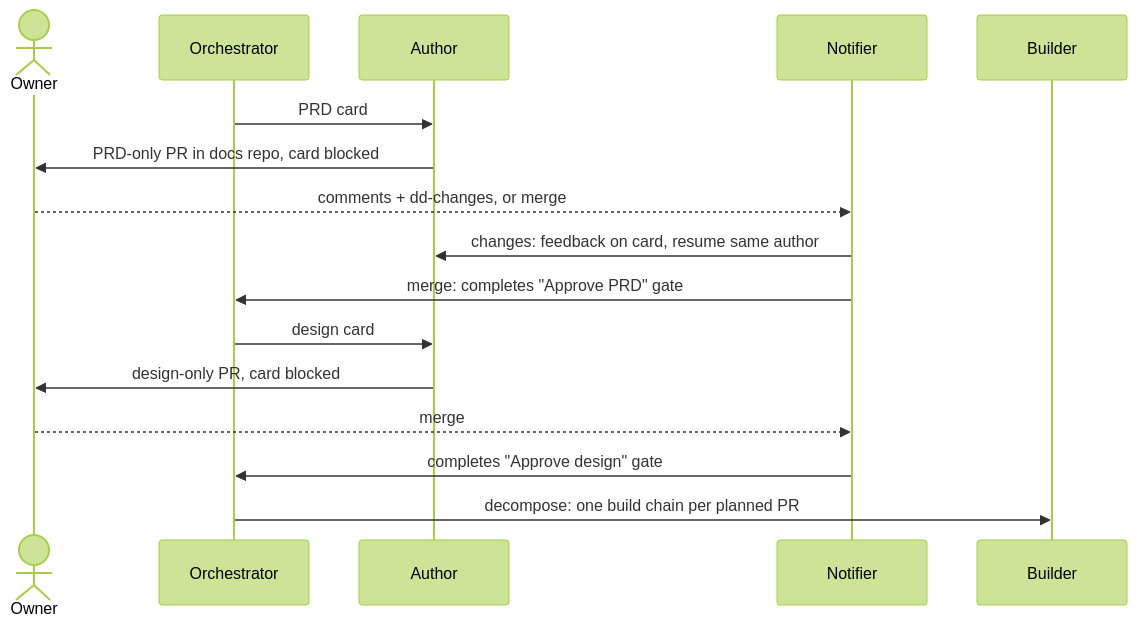
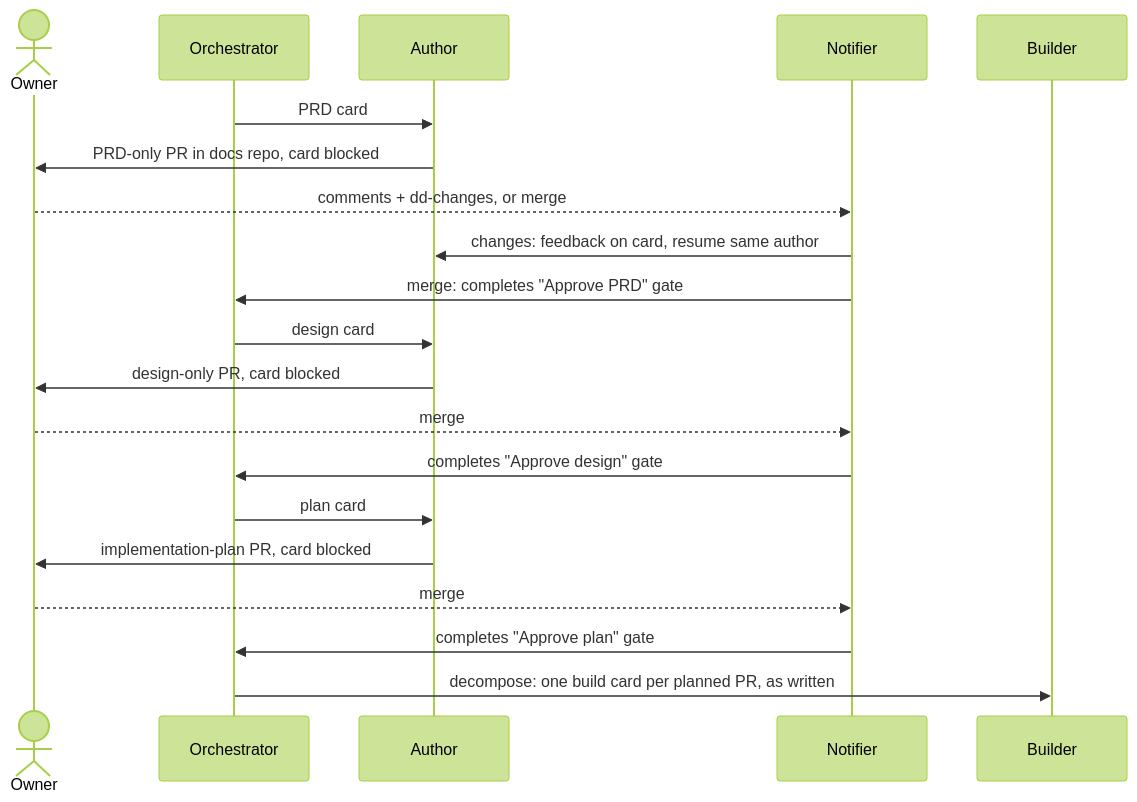
Before and after one commit to Zhachory1/ralph: the first of 3 diagrams in docs/workflows.md, drawn with Mermaid (forest theme). The commit also changed other lines of this file and 12 other files, not shown here.

Commit message:
feat: implementation plan as its own reviewed document, with an Approve plan gate

````diff
--- a/docs/workflows.md
+++ b/docs/workflows.md
@@ -11,18 +11,22 @@
 ```mermaid
 sequenceDiagram
     actor Owner
     participant O as Orchestrator
     participant A as Author
     participant N as Notifier
     participant B as Builder
     O->>A: PRD card
     A->>Owner: PRD-only PR in docs repo, card blocked
     Owner-->>N: comments + dd-changes, or merge
     N->>A: changes: feedback on card, resume same author
     N->>O: merge: completes "Approve PRD" gate
     O->>A: design card
     A->>Owner: design-only PR, card blocked
     Owner-->>N: merge
     N->>O: completes "Approve design" gate
-    O->>B: decompose: one build chain per planned PR
+    O->>A: plan card
+    A->>Owner: implementation-plan PR, card blocked
+    Owner-->>N: merge
+    N->>O: completes "Approve plan" gate
+    O->>B: decompose: one build card per planned PR, as written
 ```
````
